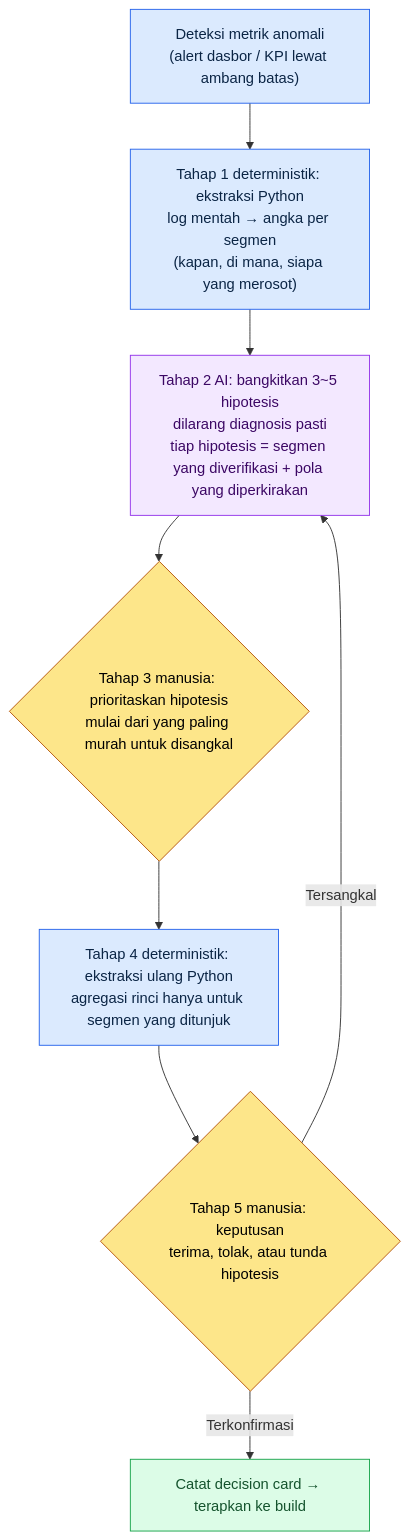
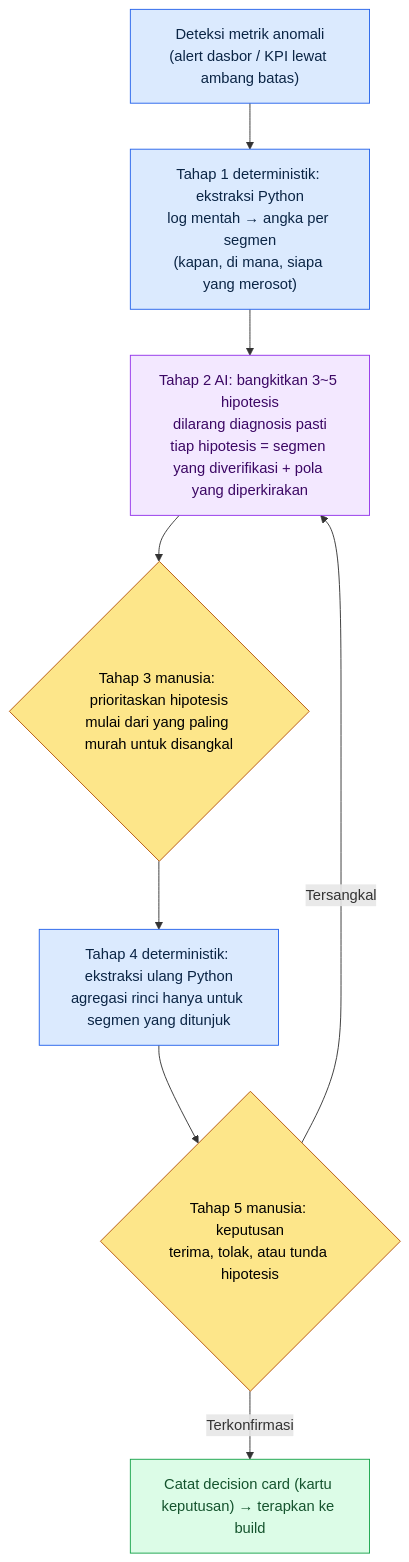
Before and after one commit to eremes81/game-design-ai-practice-id: the diagram in manuscript/part13-data-kpi/chapter-3-data-driven-decisions.md, drawn with Mermaid. The commit also changed 7 other files, not shown here.

````diff
--- a/manuscript/part13-data-kpi/chapter-3-data-driven-decisions.md
+++ b/manuscript/part13-data-kpi/chapter-3-data-driven-decisions.md
@@ -39,19 +39,19 @@
 ```mermaid
 flowchart TB
     A["Deteksi metrik anomali<br/>(alert dasbor / KPI lewat ambang batas)"]
     A --> B["Tahap 1 deterministik: ekstraksi Python<br/>log mentah → angka per segmen<br/>(kapan, di mana, siapa yang merosot)"]
     B --> C["Tahap 2 AI: bangkitkan 3~5 hipotesis<br/>dilarang diagnosis pasti<br/>tiap hipotesis = segmen yang diverifikasi + pola yang diperkirakan"]
     C --> D{"Tahap 3 manusia: prioritaskan hipotesis<br/>mulai dari yang paling murah untuk disangkal"}
     D --> E["Tahap 4 deterministik: ekstraksi ulang Python<br/>agregasi rinci hanya untuk segmen yang ditunjuk"]
     E --> F{"Tahap 5 manusia: keputusan<br/>terima, tolak, atau tunda hipotesis"}
     F -->|Tersangkal| C
-    F -->|Terkonfirmasi| G["Catat decision card → terapkan ke build"]
+    F -->|Terkonfirmasi| G["Catat decision card (kartu keputusan) → terapkan ke build"]
     classDef code fill:#dbeafe,stroke:#2563eb,color:#0b2545;
     classDef ai fill:#f3e8ff,stroke:#9333ea,color:#3b0764;
     classDef human fill:#fde68a,stroke:#b45309,color:#000;
     classDef pass fill:#dcfce7,stroke:#16a34a,color:#14532d;
     class A,B,E code;
     class C ai;
     class D,F human;
     class G pass;
 ```
````
